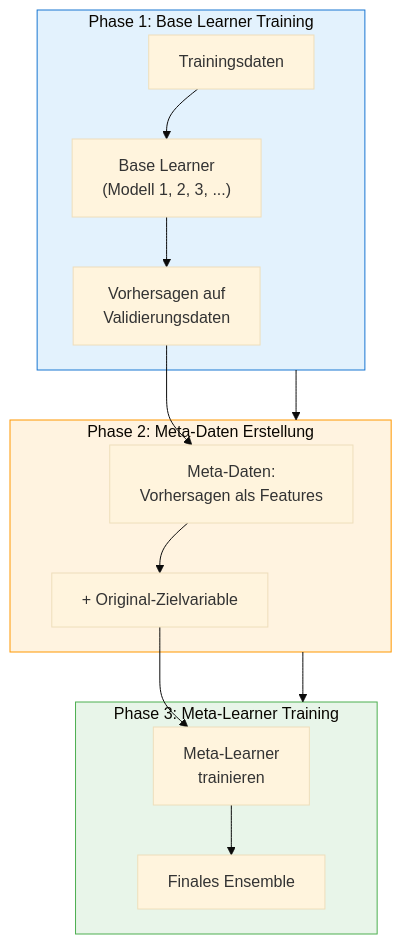
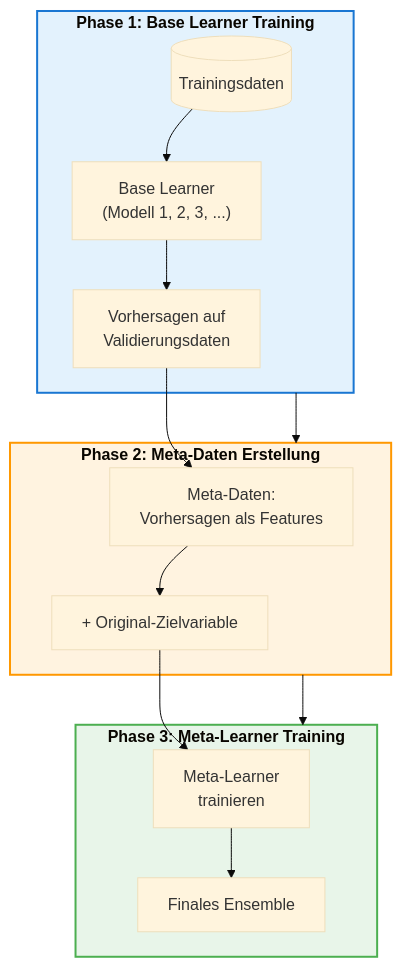
Before and after one commit to ralf-42/ML_Intro: the sixth of 9 diagrams in docs/concepts/modeling/stacking.md, drawn with Mermaid (base theme). The commit also changed other lines of this file and 7 other files, not shown here.

````diff
--- a/docs/concepts/modeling/stacking.md
+++ b/docs/concepts/modeling/stacking.md
@@ -193,23 +194,25 @@
 ```mermaid
 flowchart TD
-    subgraph Phase1["Phase 1: Base Learner Training"]
-        D1["Trainingsdaten"] --> BL["Base Learner<br>(Modell 1, 2, 3, ...)"]
-        BL --> PRED["Vorhersagen auf<br>Validierungsdaten"]
-    end
-    
-    subgraph Phase2["Phase 2: Meta-Daten Erstellung"]
-        PRED --> MD["Meta-Daten:<br>Vorhersagen als Features"]
-        MD --> TARGET["+ Original-Zielvariable"]
-    end
-    
-    subgraph Phase3["Phase 3: Meta-Learner Training"]
-        TARGET --> ML["Meta-Learner<br>trainieren"]
-        ML --> FINAL["Finales Ensemble"]
-    end
-    
-    Phase1 --> Phase2 --> Phase3
-    
-    style Phase1 fill:#e3f2fd,stroke:#1976d2
-    style Phase2 fill:#fff3e0,stroke:#ff9800
-    style Phase3 fill:#e8f5e9,stroke:#4caf50
+
+subgraph Phase1["<b>Phase 1: Base Learner Training</b>"]
+    D1[("Trainingsdaten")] --> BL["Base Learner<br/>(Modell 1, 2, 3, ...)"]
+    BL --> PRED["Vorhersagen auf<br/>Validierungsdaten"]
+end
+
+subgraph Phase2["<b>Phase 2: Meta-Daten Erstellung</b>"]
+    PRED --> MD["Meta-Daten:<br/>Vorhersagen als Features"]
+    MD --> TARGET["+ Original-Zielvariable"]
+end
+
+subgraph Phase3["<b>Phase 3: Meta-Learner Training</b>"]
+    TARGET --> ML["Meta-Learner<br/>trainieren"]
+    ML --> FINAL["Finales Ensemble"]
+end
+
+Phase1 --> Phase2
+Phase2 --> Phase3
+
+style Phase1 fill:#e3f2fd,stroke:#1976d2,stroke-width:2px
+style Phase2 fill:#fff3e0,stroke:#ff9800,stroke-width:2px
+style Phase3 fill:#e8f5e9,stroke:#4caf50,stroke-width:2px
 ```
````
